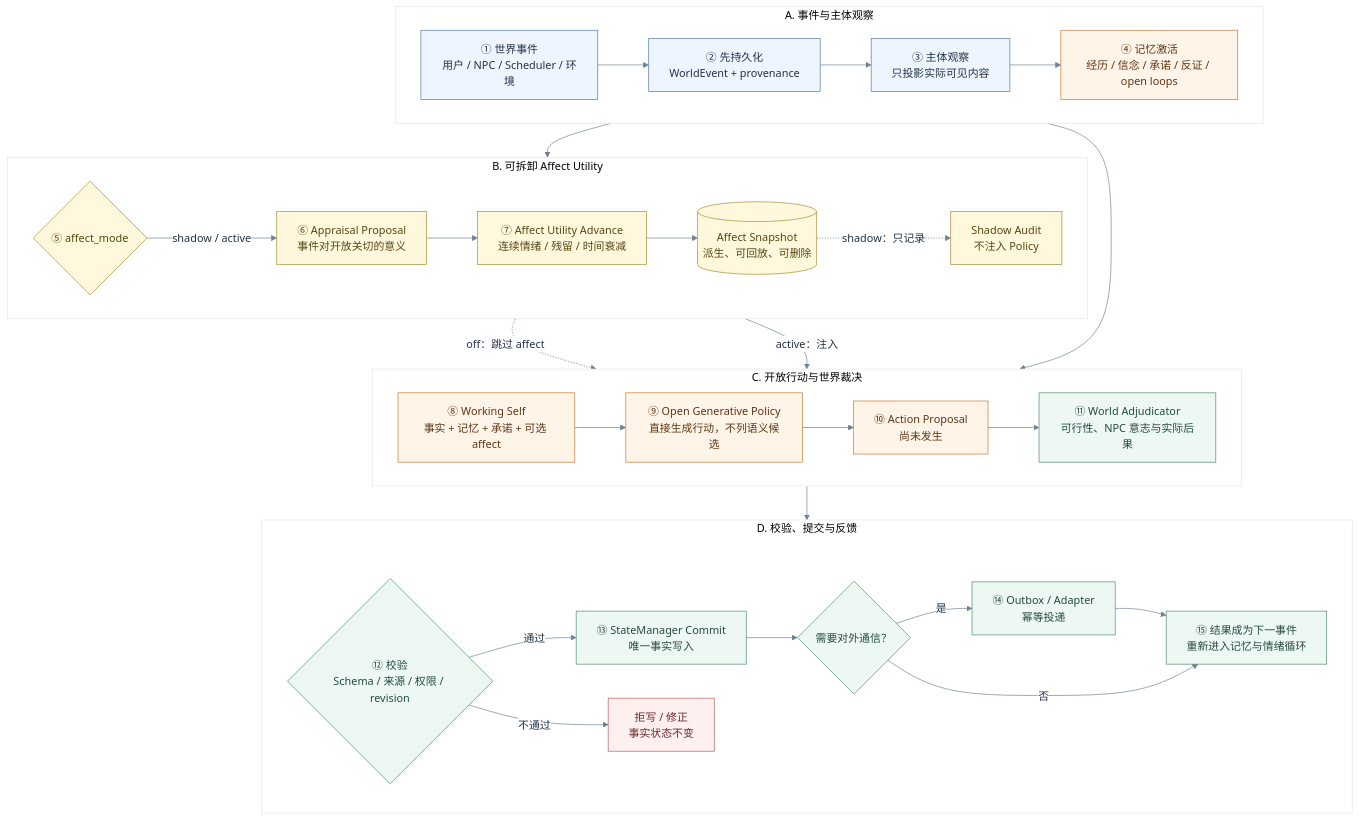
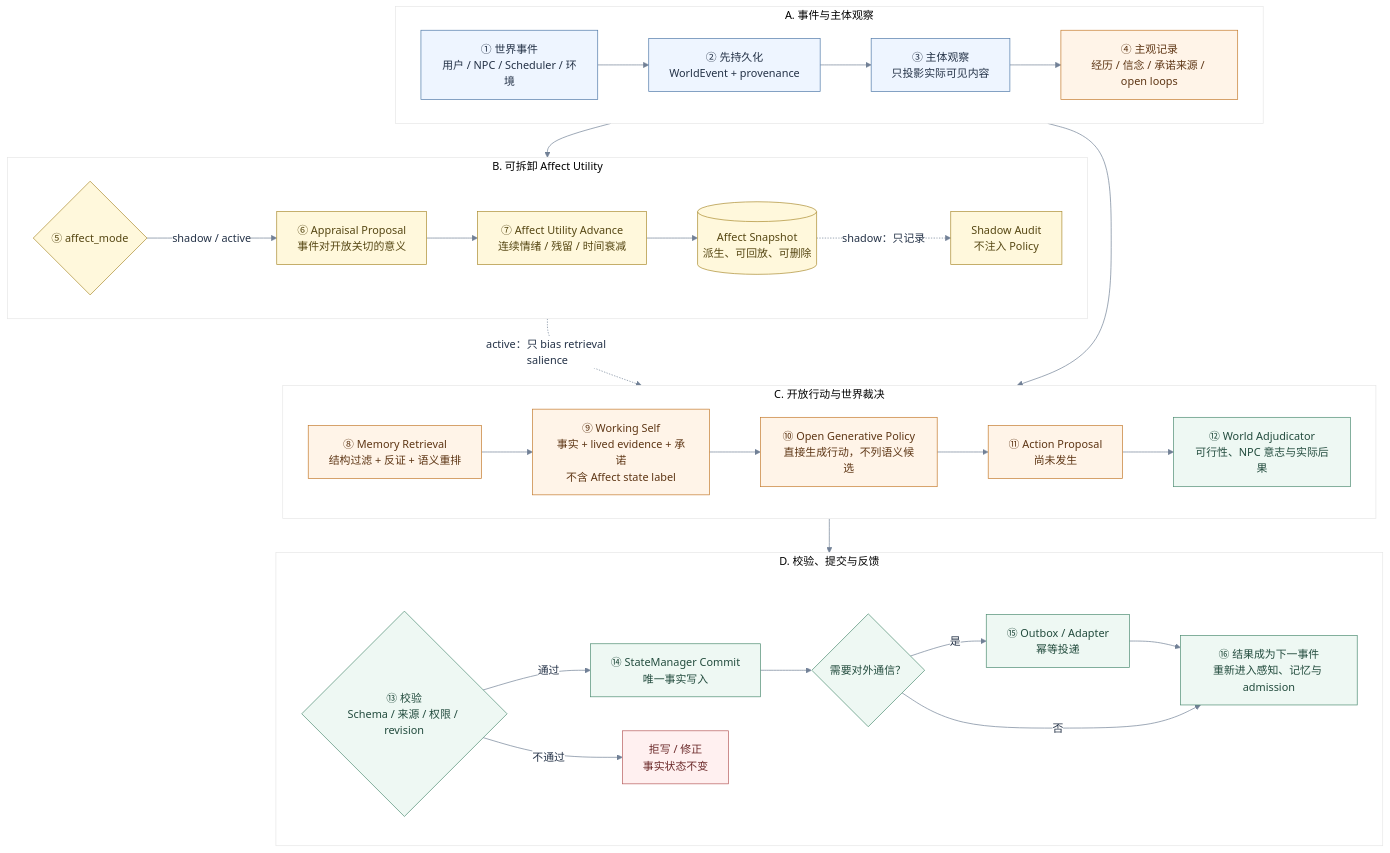
The diagram in memory-affect-runtime-loop-v1.mmd (yanyuliu01/gf), drawn with Mermaid before and after one commit. The commit also changed 16 other files, not shown here.

```diff
--- a/memory-affect-runtime-loop-v1.mmd
+++ b/memory-affect-runtime-loop-v1.mmd
@@ -1,61 +1,61 @@
 %%{init: {"theme":"base","themeVariables":{"background":"#f7f9fc","primaryColor":"#ffffff","primaryTextColor":"#243247","primaryBorderColor":"#cbd5e1","lineColor":"#718096","fontFamily":"Microsoft YaHei, Segoe UI, sans-serif"}}}%%
 flowchart TB
   subgraph P1["A. 事件与主体观察"]
     direction LR
     EVENT["① 世界事件<br/>用户 / NPC / Scheduler / 环境"]
     SAVE["② 先持久化<br/>WorldEvent + provenance"]
     OBSERVE["③ 主体观察<br/>只投影实际可见内容"]
-    MEMORY["④ 记忆激活<br/>经历 / 信念 / 承诺 / 反证 / open loops"]
+    MEMORY["④ 主观记录<br/>经历 / 信念 / 承诺来源 / open loops"]
     EVENT --> SAVE --> OBSERVE --> MEMORY
   end
 
   subgraph P2["B. 可拆卸 Affect Utility"]
     direction LR
     MODE{"⑤ affect_mode"}
     APPRAISE["⑥ Appraisal Proposal<br/>事件对开放关切的意义"]
     AFFECT["⑦ Affect Utility Advance<br/>连续情绪 / 残留 / 时间衰减"]
     SNAP[("Affect Snapshot<br/>派生、可回放、可删除")]
     SHADOW["Shadow Audit<br/>不注入 Policy"]
     MODE -->|"shadow / active"| APPRAISE --> AFFECT --> SNAP
     SNAP -.->|"shadow：只记录"| SHADOW
   end
 
   subgraph P3["C. 开放行动与世界裁决"]
     direction LR
-    SELF["⑧ Working Self<br/>事实 + 记忆 + 承诺 + 可选 affect"]
-    POLICY["⑨ Open Generative Policy<br/>直接生成行动，不列语义候选"]
-    ACTION["⑩ Action Proposal<br/>尚未发生"]
-    ADJ["⑪ World Adjudicator<br/>可行性、NPC 意志与实际后果"]
-    SELF --> POLICY --> ACTION --> ADJ
+    RETRIEVE["⑧ Memory Retrieval<br/>结构过滤 + 反证 + 语义重排"]
+    SELF["⑨ Working Self<br/>事实 + lived evidence + 承诺<br/>不含 Affect state label"]
+    POLICY["⑩ Open Generative Policy<br/>直接生成行动，不列语义候选"]
+    ACTION["⑪ Action Proposal<br/>尚未发生"]
+    ADJ["⑫ World Adjudicator<br/>可行性、NPC 意志与实际后果"]
+    RETRIEVE --> SELF --> POLICY --> ACTION --> ADJ
   end
 
   subgraph P4["D. 校验、提交与反馈"]
     direction LR
-    CHECK{"⑫ 校验<br/>Schema / 来源 / 权限 / revision"}
-    COMMIT["⑬ StateManager Commit<br/>唯一事实写入"]
+    CHECK{"⑬ 校验<br/>Schema / 来源 / 权限 / revision"}
+    COMMIT["⑭ StateManager Commit<br/>唯一事实写入"]
     SPEECH{"需要对外通信？"}
-    OUTBOX["⑭ Outbox / Adapter<br/>幂等投递"]
-    NEXT["⑮ 结果成为下一事件<br/>重新进入记忆与情绪循环"]
+    OUTBOX["⑮ Outbox / Adapter<br/>幂等投递"]
+    NEXT["⑯ 结果成为下一事件<br/>重新进入感知、记忆与 admission"]
     REJECT["拒写 / 修正<br/>事实状态不变"]
     CHECK -->|"通过"| COMMIT --> SPEECH
     SPEECH -->|"是"| OUTBOX --> NEXT
     SPEECH -->|"否"| NEXT
     CHECK -->|"不通过"| REJECT
   end
 
   MEMORY --> MODE
-  MEMORY --> SELF
-  MODE -.->|"off：跳过 affect"| SELF
-  SNAP -->|"active：注入"| SELF
+  MEMORY --> RETRIEVE
+  SNAP -.->|"active：只 bias retrieval salience"| RETRIEVE
   ADJ --> CHECK
 
   classDef input fill:#eef5ff,stroke:#4f79a8,color:#243247;
   classDef memory fill:#fff4e8,stroke:#c47a2c,color:#5e3615;
   classDef affect fill:#fff8dc,stroke:#aa8b2f,color:#564713;
   classDef safe fill:#eef8f3,stroke:#4d8c72,color:#234c3e;
   classDef danger fill:#fff0f0,stroke:#b65b5b,color:#6b2929;
   class EVENT,SAVE,OBSERVE input;
-  class MEMORY,SELF,POLICY,ACTION memory;
+  class MEMORY,RETRIEVE,SELF,POLICY,ACTION memory;
   class MODE,APPRAISE,AFFECT,SNAP,SHADOW affect;
   class ADJ,CHECK,COMMIT,SPEECH,OUTBOX,NEXT safe;
   class REJECT danger;
```
